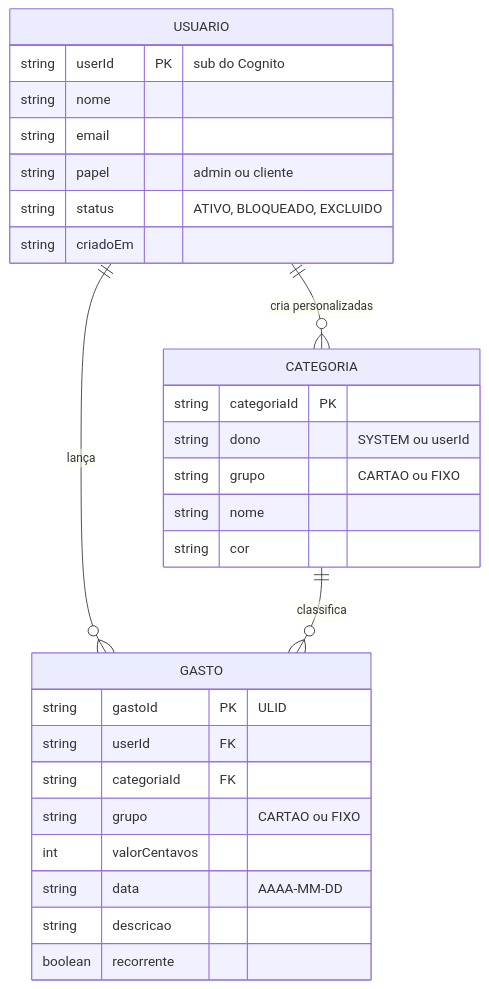
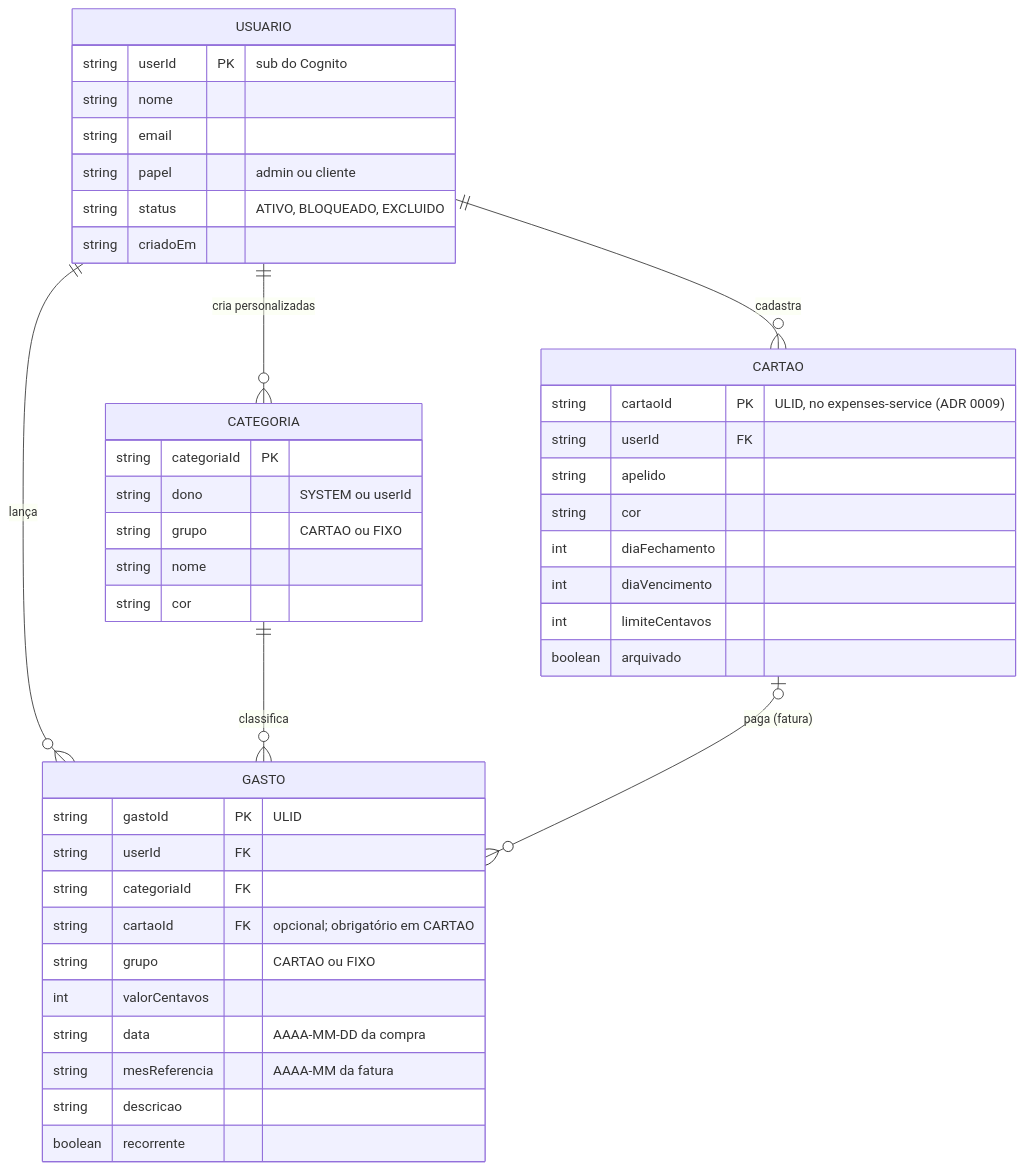
Before and after one commit to Rossete-Inc/gestor-gastos-infra-base: diagram 11 of 13 in docs/diagramas.md, drawn with Mermaid. The commit also changed 3 other files, not shown here.

````diff
--- a/docs/diagramas.md
+++ b/docs/diagramas.md
@@ -332,32 +332,46 @@
 ```mermaid
 erDiagram
     USUARIO ||--o{ GASTO : "lança"
     USUARIO ||--o{ CATEGORIA : "cria personalizadas"
     CATEGORIA ||--o{ GASTO : "classifica"
+    USUARIO ||--o{ CARTAO : "cadastra"
+    CARTAO |o--o{ GASTO : "paga (fatura)"
 
     USUARIO {
         string userId PK "sub do Cognito"
         string nome
         string email
         string papel "admin ou cliente"
         string status "ATIVO, BLOQUEADO, EXCLUIDO"
         string criadoEm
     }
     CATEGORIA {
         string categoriaId PK
         string dono "SYSTEM ou userId"
         string grupo "CARTAO ou FIXO"
         string nome
         string cor
     }
     GASTO {
         string gastoId PK "ULID"
         string userId FK
         string categoriaId FK
+        string cartaoId FK "opcional; obrigatório em CARTAO"
         string grupo "CARTAO ou FIXO"
         int valorCentavos
-        string data "AAAA-MM-DD"
+        string data "AAAA-MM-DD da compra"
+        string mesReferencia "AAAA-MM da fatura"
         string descricao
         boolean recorrente
     }
+    CARTAO {
+        string cartaoId PK "ULID, no expenses-service (ADR 0009)"
+        string userId FK
+        string apelido
+        string cor
+        int diaFechamento
+        int diaVencimento
+        int limiteCentavos
+        boolean arquivado
+    }
 ```
````
